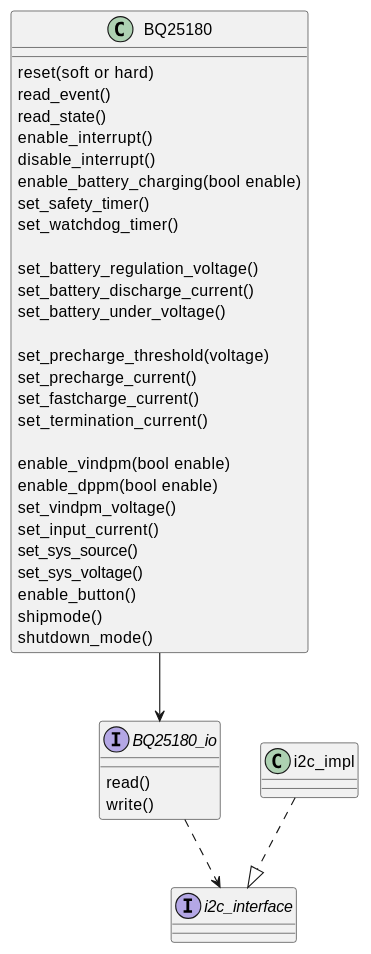
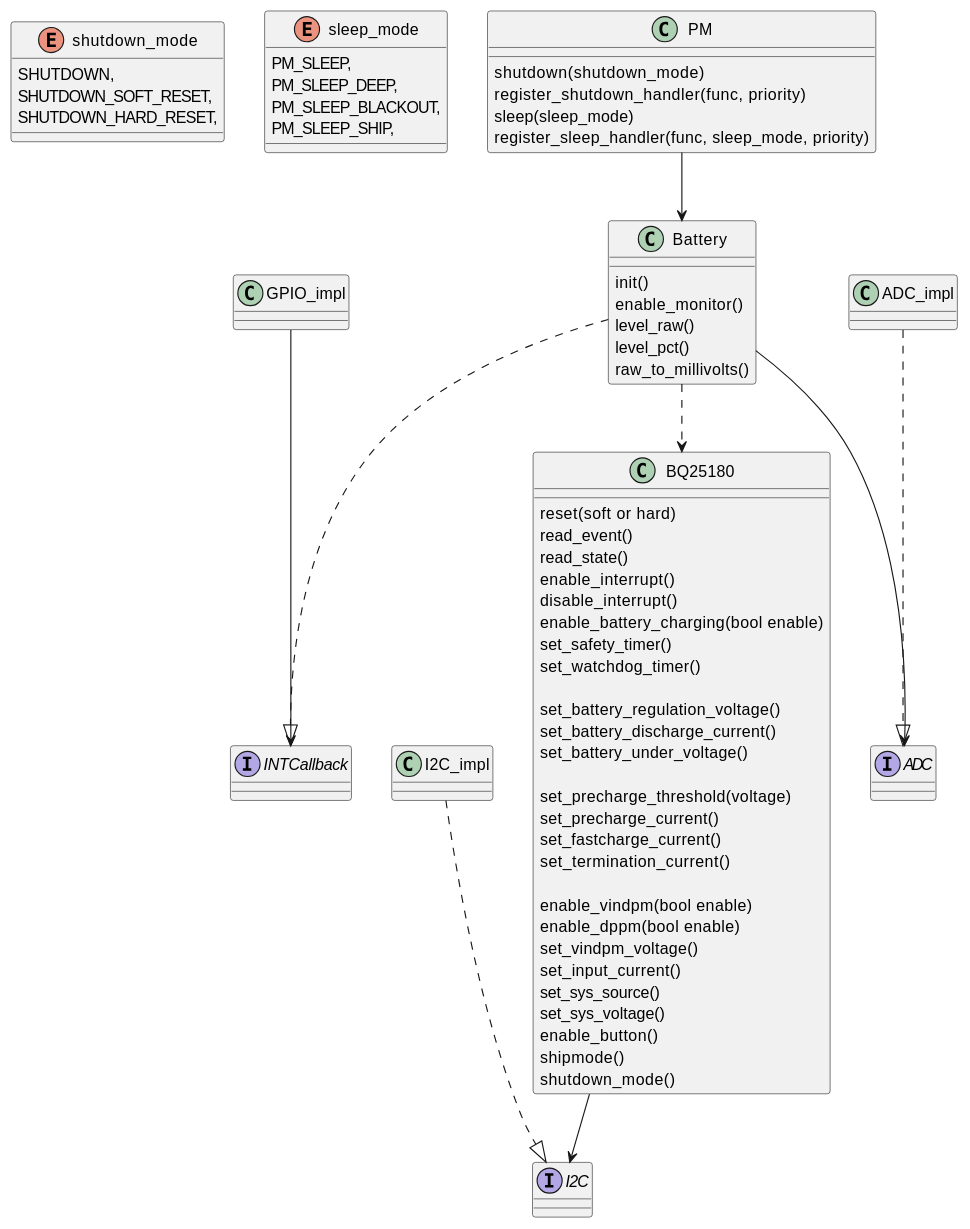
Before and after one commit to libmcu/old_docs: the diagram in sphinx/api/pm.rst, drawn with PlantUML. The commit also changed 21 other files, not shown here.

```diff
--- a/sphinx/api/pm.rst
+++ b/sphinx/api/pm.rst
@@ -39,43 +4,71 @@
 .. uml::
     :caption: A Class Diagram
 
-    interface i2c_interface {}
-    interface BQ25180_io {
-        read()
-        write()
+    enum shutdown_mode {
+        SHUTDOWN,
+        SHUTDOWN_SOFT_RESET,
+        SHUTDOWN_HARD_RESET,
+    }
+    enum sleep_mode {
+        PM_SLEEP,
+        PM_SLEEP_DEEP,
+        PM_SLEEP_BLACKOUT,
+        PM_SLEEP_SHIP,
+    }
+    interface ADC { }
+    interface I2C { }
+    interface INTCallback { }
+    class PM {
+        shutdown(shutdown_mode)
+        register_shutdown_handler(func, priority)
+        sleep(sleep_mode)
+        register_sleep_handler(func, sleep_mode, priority)
+    }
+    class Battery {
+        init()
+        enable_monitor()
+        level_raw()
+        level_pct()
+        raw_to_millivolts()
     }
     class BQ25180 {
         reset(soft or hard)
         read_event()
         read_state()
         enable_interrupt()
         disable_interrupt()
         enable_battery_charging(bool enable)
         set_safety_timer()
         set_watchdog_timer()
 
         set_battery_regulation_voltage()
         set_battery_discharge_current()
         set_battery_under_voltage()
 
         set_precharge_threshold(voltage)
         set_precharge_current()
         set_fastcharge_current()
         set_termination_current()
 
         enable_vindpm(bool enable)
         enable_dppm(bool enable)
         set_vindpm_voltage()
         set_input_current()
         set_sys_source()
         set_sys_voltage()
         'set_tricklecharge_threshold(voltage)
         'set_fastcharge_threshold(voltage)
         'set_tricklecharge_current()
         enable_button()
         shipmode()
         shutdown_mode()
     }
-    BQ25180_io ..> i2c_interface
-    i2c_impl ..|> i2c_interface
-    BQ25180 --> BQ25180_io
+
+    PM --> Battery
+    Battery ..> BQ25180
+    Battery --> ADC
+    BQ25180 --> I2C
+    ADC_impl ..|> ADC
+    I2C_impl ..|> I2C
+    GPIO_impl --> INTCallback
+    Battery ..|> INTCallback
```
